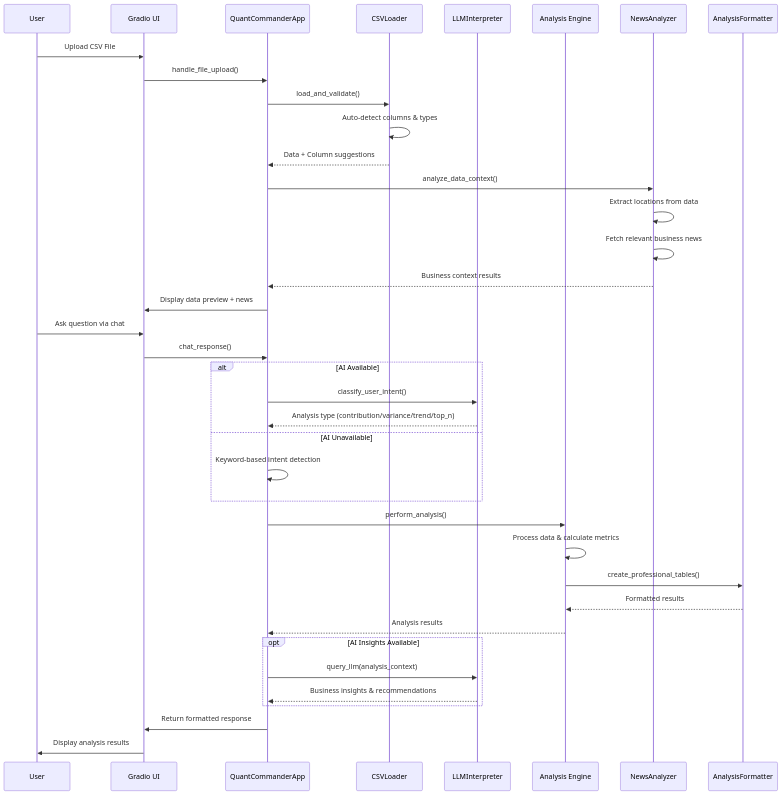
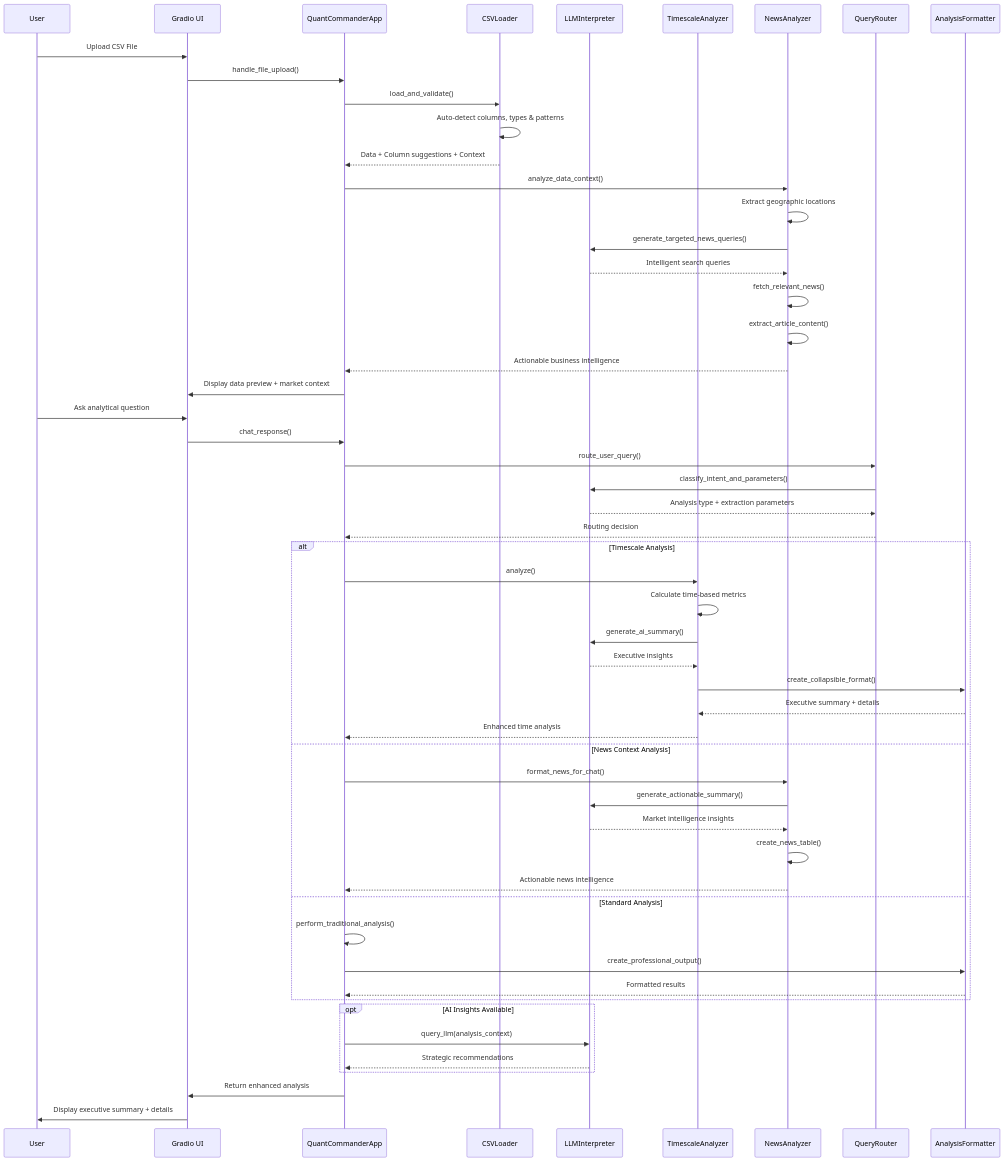
Before and after one commit to sharkoil/variancepro: the second of 2 diagrams in README.md, drawn with Mermaid. The commit also changed other lines of this file and 31 other files, not shown here.

Commit message:
Add Enhanced NL-to-SQL Documentation with Sequence Diagram

````diff
--- a/README.md
+++ b/README.md
@@ -113,48 +282,64 @@
 ```mermaid
 sequenceDiagram
     participant User
     participant Gradio as Gradio UI
     participant App as QuantCommanderApp
     participant CSV as CSVLoader
     participant AI as LLMInterpreter
-    participant Analyzer as Analysis Engine
+    participant TimeScale as TimescaleAnalyzer
     participant News as NewsAnalyzer
+    participant Router as QueryRouter
     participant Format as AnalysisFormatter
 
     User->>Gradio: Upload CSV File
     Gradio->>App: handle_file_upload()
     App->>CSV: load_and_validate()
-    CSV->>CSV: Auto-detect columns & types
-    CSV-->>App: Data + Column suggestions
+    CSV->>CSV: Auto-detect columns, types & patterns
+    CSV-->>App: Data + Column suggestions + Context
     
     App->>News: analyze_data_context()
-    News->>News: Extract locations from data
-    News->>News: Fetch relevant business news
-    News-->>App: Business context results
+    News->>News: Extract geographic locations
+    News->>AI: generate_targeted_news_queries()
+    AI-->>News: Intelligent search queries
+    News->>News: fetch_relevant_news()
+    News->>News: extract_article_content()
+    News-->>App: Actionable business intelligence
     
-    App->>Gradio: Display data preview + news
+    App->>Gradio: Display data preview + market context
     
-    User->>Gradio: Ask question via chat
+    User->>Gradio: Ask analytical question
     Gradio->>App: chat_response()
     
-    alt AI Available
-        App->>AI: classify_user_intent()
-        AI-->>App: Analysis type (contribution/variance/trend/top_n)
-    else AI Unavailable
-        App->>App: Keyword-based intent detection
+    App->>Router: route_user_query()
+    Router->>AI: classify_intent_and_parameters()
+    AI-->>Router: Analysis type + extraction parameters
+    Router-->>App: Routing decision
+    
+    alt Timescale Analysis
+        App->>TimeScale: analyze()
+        TimeScale->>TimeScale: Calculate time-based metrics
+        TimeScale->>AI: generate_ai_summary()
+        AI-->>TimeScale: Executive insights
+        TimeScale->>Format: create_collapsible_format()
+        Format-->>TimeScale: Executive summary + details
+        TimeScale-->>App: Enhanced time analysis
+    else News Context Analysis
+        App->>News: format_news_for_chat()
+        News->>AI: generate_actionable_summary()
+        AI-->>News: Market intelligence insights
+        News->>News: create_news_table()
+        News-->>App: Actionable news intelligence
+    else Standard Analysis
+        App->>App: perform_traditional_analysis()
+        App->>Format: create_professional_output()
+        Format-->>App: Formatted results
     end
-    
-    App->>Analyzer: perform_analysis()
-    Analyzer->>Analyzer: Process data & calculate metrics
-    Analyzer->>Format: create_professional_tables()
-    Format-->>Analyzer: Formatted results
-    Analyzer-->>App: Analysis results
     
     opt AI Insights Available
         App->>AI: query_llm(analysis_context)
-        AI-->>App: Business insights & recommendations
+        AI-->>App: Strategic recommendations
     end
     
-    App->>Gradio: Return formatted response
-    Gradio->>User: Display analysis results
+    App->>Gradio: Return enhanced analysis
+    Gradio->>User: Display executive summary + details
 ```
````
